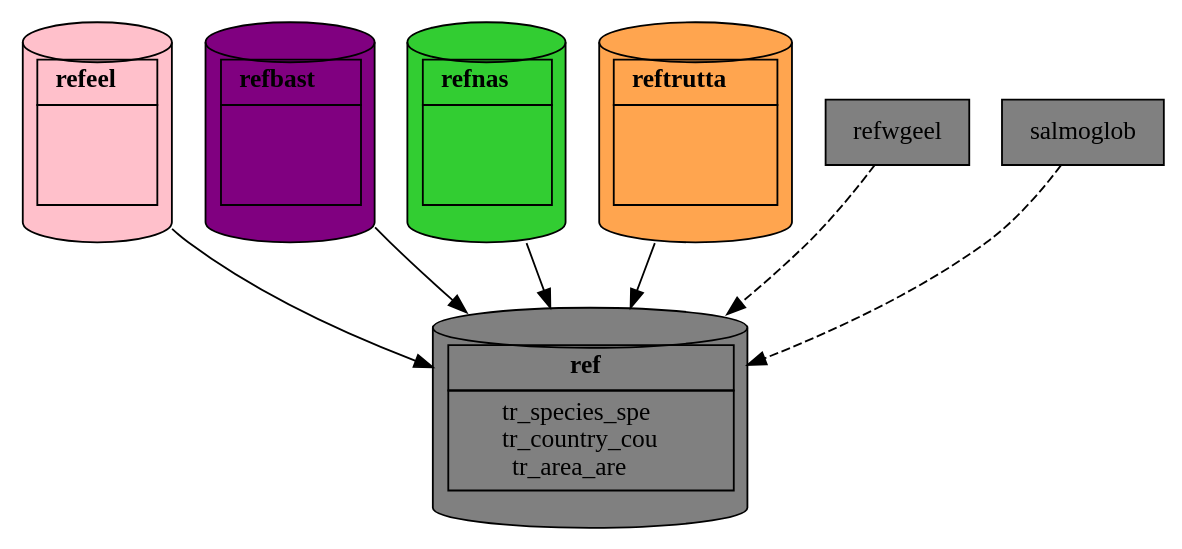
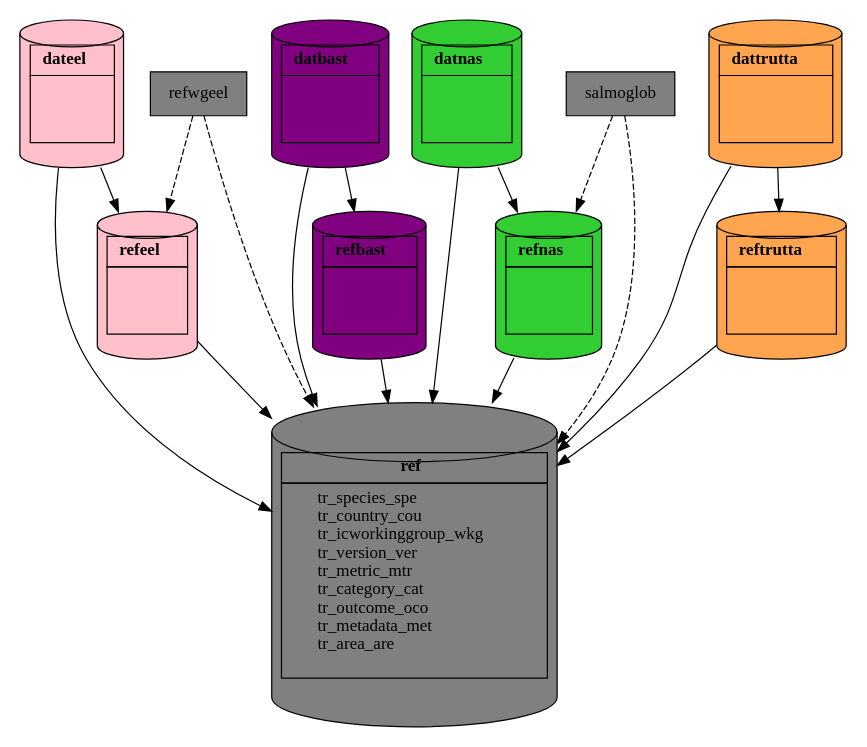
One commit to DIASPARAproject/WP3_migdb changed the diagram in R/midb.qmd. Above: the diagram before and after it, drawn with Graphviz. The commit also changed other lines of this file, not shown here.

Commit message:
dev : schema sql and change db image

````diff
--- a/R/midb.qmd
+++ b/R/midb.qmd
@@ -180,6 +227,6 @@
 ```{dot}
 //| label: fig-schema_diaspara
-//| fig-cap: "Structure of the schema in diaspara."
+//| fig-cap: Structure of the schema in diaspara. Dashed arrow indicate an import of data from existing 
 digraph schema {
 	rankdir=TB;
 	size="8,5"
@@ -190,12 +237,27 @@
        <tr> <td align="left">
         tr_species_spe <br align="left"/>
         tr_country_cou <br align="left"/>
-        tr_area_are    </td> </tr> 
+        tr_icworkinggroup_wkg <br align="left"/>
+        tr_version_ver <br align="left"/>
+        tr_metric_mtr <br align="left"/>
+        tr_category_cat <br align="left"/>
+        tr_outcome_oco <br align="left"/>
+        tr_metadata_met <br align="left"/>
+        tr_area_are <br align="left"/> </td> </tr> 
        </table>> 
        shape = cylinder]; 
     refeel [fillcolor="pink"
        label=<<table border="0" cellborder="1" cellspacing="0" cellpadding="4">
        <tr> <td> <b>refeel</b> </td> </tr>
+       <tr> <td align="left">
+         <br align="left"/>
+         <br align="left"/>
+            </td> </tr> 
+       </table>> 
+       shape = cylinder];
+    dateel [fillcolor="pink"
+       label=<<table border="0" cellborder="1" cellspacing="0" cellpadding="4">
+       <tr> <td> <b>dateel</b> </td> </tr>
        <tr> <td align="left">
          <br align="left"/>
          <br align="left"/>
@@ -211,6 +273,15 @@
             </td> </tr> 
        </table>> 
        shape = cylinder];
+    datbast [fillcolor="purple"
+       label=<<table border="0" cellborder="1" cellspacing="0" cellpadding="4">
+       <tr> <td> <b>datbast</b> </td> </tr>
+       <tr> <td align="left">
+         <br align="left"/>
+         <br align="left"/>
+            </td> </tr> 
+       </table>> 
+       shape = cylinder];
     refnas [fillcolor="limegreen"
        label=<<table border="0" cellborder="1" cellspacing="0" cellpadding="4">
        <tr> <td> <b>refnas</b> </td> </tr>
@@ -220,6 +291,15 @@
             </td> </tr> 
        </table>> 
        shape = cylinder];
+    datnas [fillcolor="limegreen"
+       label=<<table border="0" cellborder="1" cellspacing="0" cellpadding="4">
+       <tr> <td> <b>datnas</b> </td> </tr>
+       <tr> <td align="left">
+         <br align="left"/>
+         <br align="left"/>
+            </td> </tr> 
+       </table>> 
+       shape = cylinder];   
     reftrutta [fillcolor="tan1"
        label=<<table border="0" cellborder="1" cellspacing="0" cellpadding="4">
        <tr> <td> <b>reftrutta</b> </td> </tr>
@@ -229,6 +309,15 @@
             </td> </tr> 
        </table>> 
        shape = cylinder];
+    dattrutta [fillcolor="tan1"
+       label=<<table border="0" cellborder="1" cellspacing="0" cellpadding="4">
+       <tr> <td> <b>dattrutta</b> </td> </tr>
+       <tr> <td align="left">
+         <br align="left"/>
+         <br align="left"/>
+            </td> </tr> 
+       </table>> 
+       shape = cylinder];   
     reftrutta;
     refwgeel;  # this in an archive
     
@@ -237,7 +326,19 @@
 	refbast -> ref;
 	refnas -> ref 
   reftrutta -> ref
+  dateel -> ref
+  datnas -> ref
+  datbast -> ref
+  dattrutta -> ref
+  dateel -> refeel
+  datnas -> refnas
+  dattrutta -> reftrutta
+  datbast  -> refbast
+
   refwgeel -> ref [style="dashed"]
+  refwgeel -> refeel [style="dashed"]
   salmoglob -> ref [style="dashed"]
+  salmoglob -> refnas [style="dashed"]
+
 }
 ```
````
